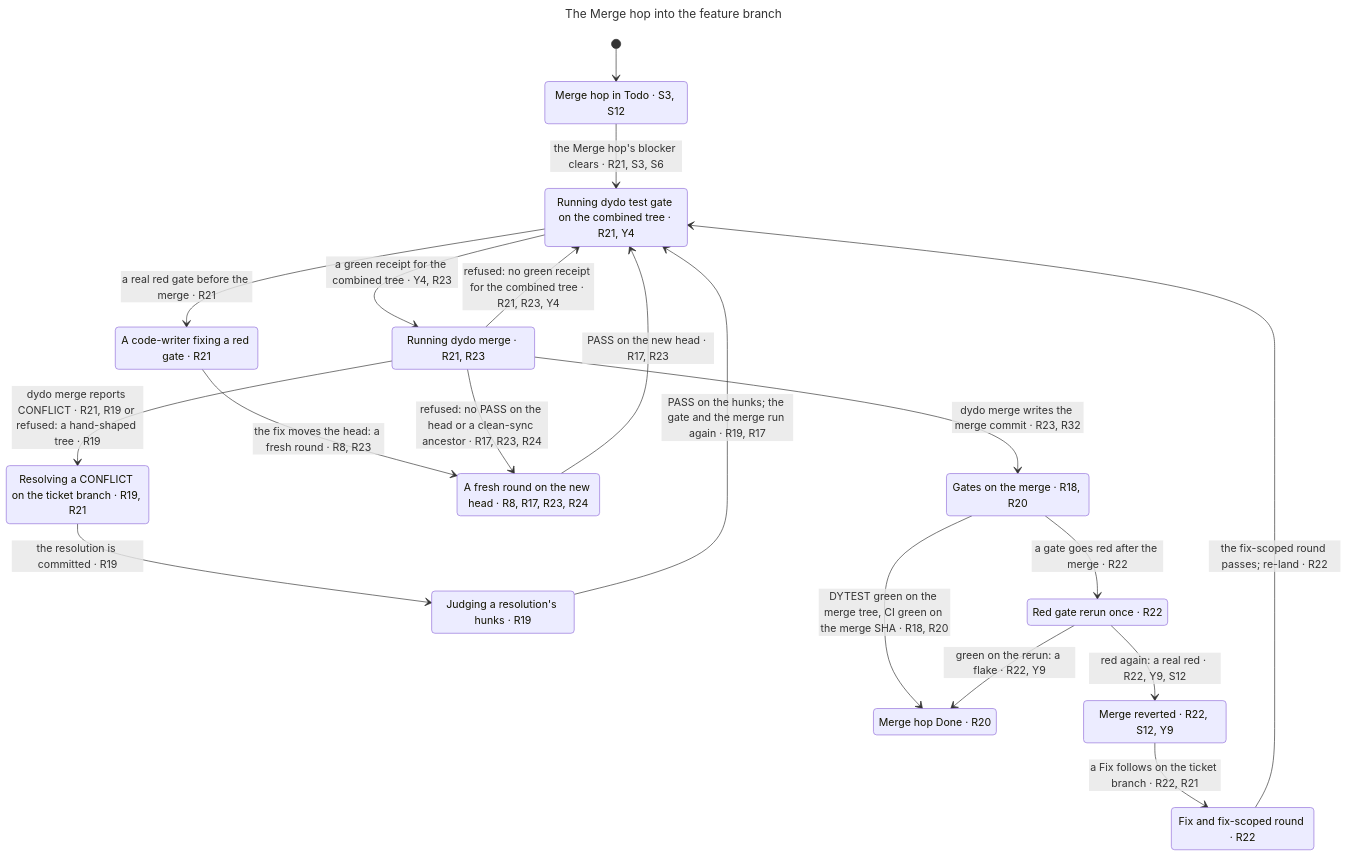
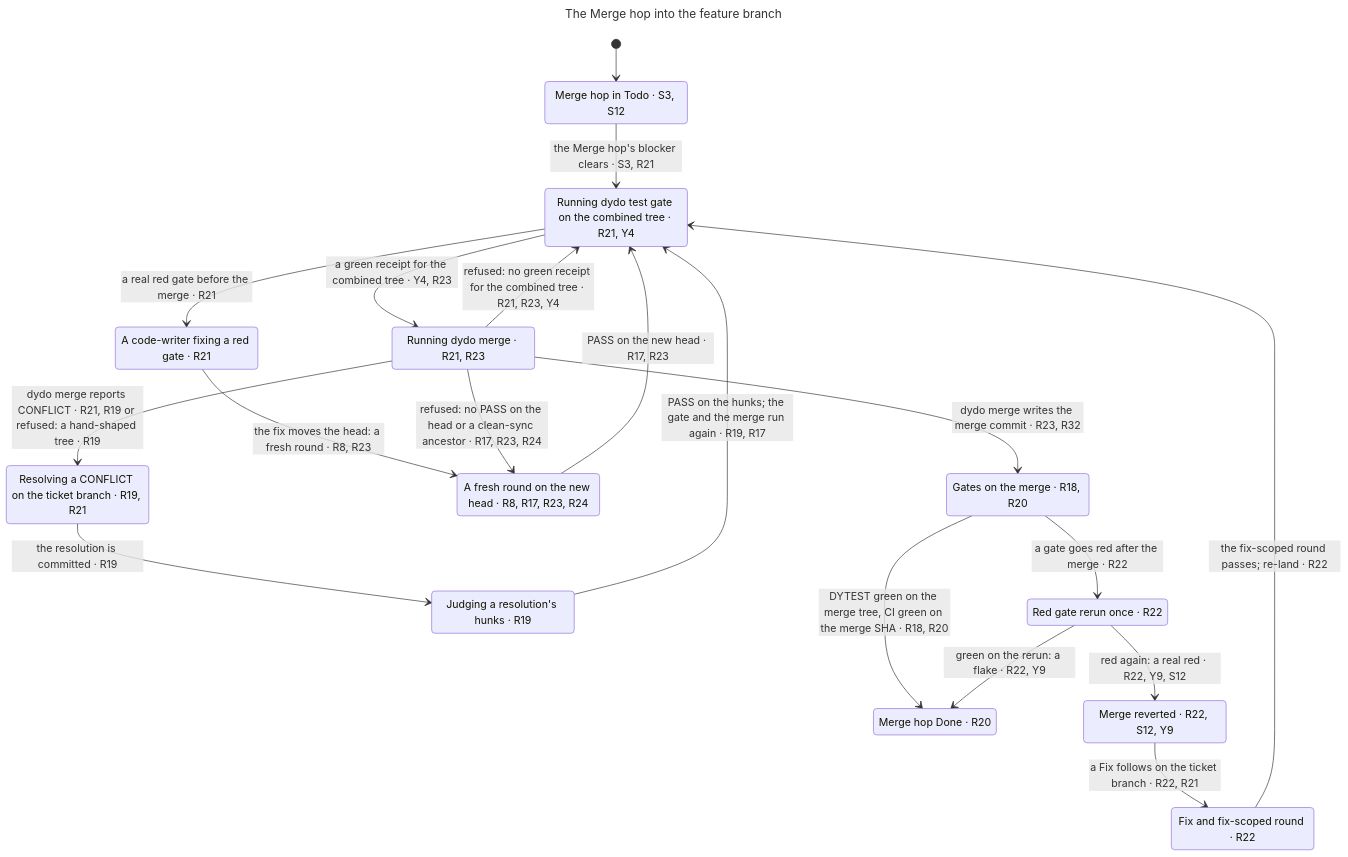
The diagram in claims/statechart/feature-merge/chart.mmd (BalazsOrg/dydo), drawn with Mermaid before and after one commit. The commit also changed 132 other files, not shown here.

```diff
--- a/claims/statechart/feature-merge/chart.mmd
+++ b/claims/statechart/feature-merge/chart.mmd
@@ -1,34 +1,34 @@
 ---
 title: "The Merge hop into the feature branch"
 ---
 stateDiagram-v2
   s0: Merge hop in Todo #183; S3, S12
   s1: Running dydo test gate on the combined tree #183; R21, Y4
   s2: A code-writer fixing a red gate #183; R21
   s3: Running dydo merge #183; R21, R23
   s4: Gates on the merge #183; R18, R20
   s5: A fresh round on the new head #183; R8, R17, R23, R24
   s6: Resolving a CONFLICT on the ticket branch #183; R19, R21
   s7: Judging a resolution's hunks #183; R19
   s8: Merge hop Done #183; R20
   s9: Red gate rerun once #183; R22
   s10: Merge reverted #183; R22, S12, Y9
   s11: Fix and fix-scoped round #183; R22
   [*] --> s0
-  s0 --> s1: the Merge hop's blocker clears #183; R21, S3, S6
+  s0 --> s1: the Merge hop's blocker clears #183; S3, R21
   s1 --> s2: a real red gate before the merge #183; R21
   s1 --> s3: a green receipt for the combined tree #183; Y4, R23
   s2 --> s5: the fix moves the head: a fresh round #183; R8, R23
   s3 --> s1: refused: no green receipt for the combined tree #183; R21, R23, Y4
   s3 --> s4: dydo merge writes the merge commit #183; R23, R32
   s3 --> s5: refused: no PASS on the head or a clean-sync ancestor #183; R17, R23, R24
   s3 --> s6: dydo merge reports CONFLICT #183; R21, R19 or refused: a hand-shaped tree #183; R19
   s4 --> s8: DYTEST green on the merge tree, CI green on the merge SHA #183; R18, R20
   s4 --> s9: a gate goes red after the merge #183; R22
   s5 --> s1: PASS on the new head #183; R17, R23
   s6 --> s7: the resolution is committed #183; R19
   s7 --> s1: PASS on the hunks#59; the gate and the merge run again #183; R19, R17
   s9 --> s8: green on the rerun: a flake #183; R22, Y9
   s9 --> s10: red again: a real red #183; R22, Y9, S12
   s10 --> s11: a Fix follows on the ticket branch #183; R22, R21
   s11 --> s1: the fix-scoped round passes#59; re-land #183; R22
```
